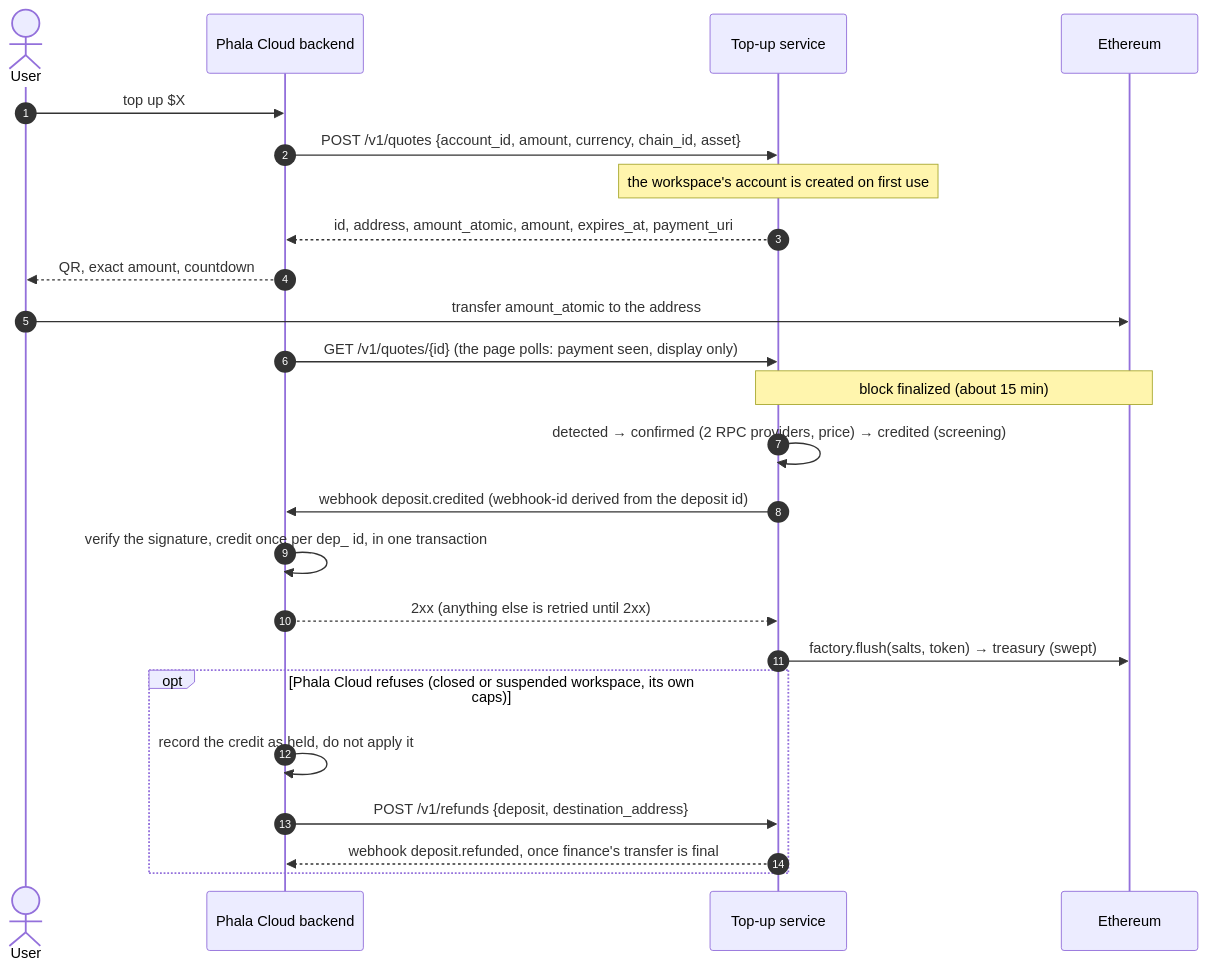
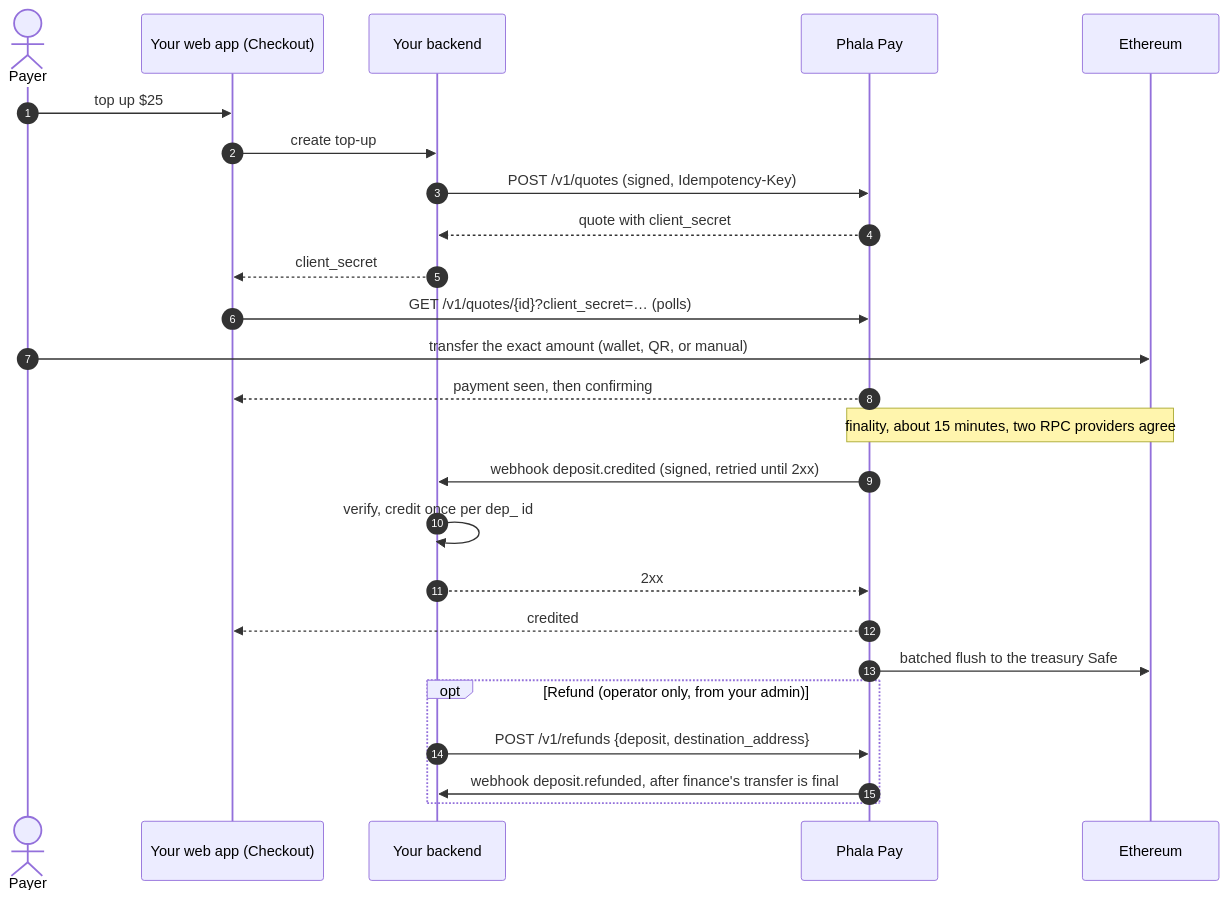
Before and after one commit to Phala-Network/crypto-topup-service: the diagram in docs/integration.md, drawn with Mermaid. The commit also changed 2 other files, not shown here.

Commit message:
docs: architecture and flow diagrams in Mermaid (#183)
README gets a system overview; the architecture document gets the CVM components with their
external services, the deposit state machine, and the release-to-verify pipeline; the integration
guide's payment sequence is redrawn for the current API (client_secret status, webhook
fulfillment, operator-only refunds). Mermaid renders on GitHub and changes with the text; each
diagram was rendered with mermaid-cli 11 to check its syntax.

````diff
--- a/docs/integration.md
+++ b/docs/integration.md
@@ -122,26 +122,27 @@
 ```mermaid
 sequenceDiagram
     autonumber
-    actor User
-    participant PC as Phala Cloud backend
-    participant S as Top-up service
+    actor Payer
+    participant UI as Your web app (Checkout)
+    participant BE as Your backend
+    participant PP as Phala Pay
     participant ETH as Ethereum
-    User->>PC: top up $X
-    PC->>S: POST /v1/quotes {account_id, amount, currency, chain_id, asset}
-    Note over S: the workspace's account is created on first use
-    S-->>PC: id, address, amount_atomic, amount, expires_at, payment_uri
-    PC-->>User: QR, exact amount, countdown
-    User->>ETH: transfer amount_atomic to the address
-    PC->>S: GET /v1/quotes/{id} (the page polls: payment seen, display only)
-    Note over S,ETH: block finalized (about 15 min)
-    S->>S: detected → confirmed (2 RPC providers, price) → credited (screening)
-    S->>PC: webhook deposit.credited (webhook-id derived from the deposit id)
-    PC->>PC: verify the signature, credit once per dep_ id, in one transaction
-    PC-->>S: 2xx (anything else is retried until 2xx)
-    S->>ETH: factory.flush(salts, token) → treasury (swept)
-    opt Phala Cloud refuses (closed or suspended workspace, its own caps)
-        PC->>PC: record the credit as held, do not apply it
-        PC->>S: POST /v1/refunds {deposit, destination_address}
-        S-->>PC: webhook deposit.refunded, once finance's transfer is final
+    Payer->>UI: top up $25
+    UI->>BE: create top-up
+    BE->>PP: POST /v1/quotes (signed, Idempotency-Key)
+    PP-->>BE: quote with client_secret
+    BE-->>UI: client_secret
+    UI->>PP: GET /v1/quotes/{id}?client_secret=… (polls)
+    Payer->>ETH: transfer the exact amount (wallet, QR, or manual)
+    PP-->>UI: payment seen, then confirming
+    Note over PP,ETH: finality, about 15 minutes, two RPC providers agree
+    PP->>BE: webhook deposit.credited (signed, retried until 2xx)
+    BE->>BE: verify, credit once per dep_ id
+    BE-->>PP: 2xx
+    PP-->>UI: credited
+    PP->>ETH: batched flush to the treasury Safe
+    opt Refund (operator only, from your admin)
+        BE->>PP: POST /v1/refunds {deposit, destination_address}
+        PP->>BE: webhook deposit.refunded, after finance's transfer is final
     end
 ```
````
